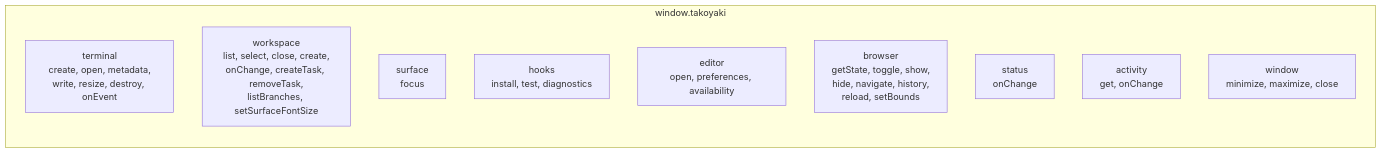
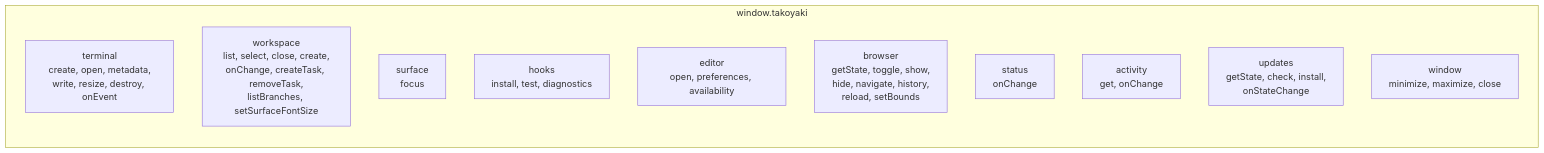
Before and after one commit to adikuma/takoyaki: diagram 12 of 15 in docs/ARCHITECTURE.md, drawn with Mermaid. The commit also changed other lines of this file and 18 other files, not shown here.

````diff
--- a/docs/ARCHITECTURE.md
+++ b/docs/ARCHITECTURE.md
@@ -212,14 +238,15 @@
 ```mermaid
 graph LR
     subgraph window.takoyaki
         terminal["terminal<br/>create, open, metadata,<br/>write, resize, destroy, onEvent"]
         workspace["workspace<br/>list, select, close, create,<br/>onChange, createTask, removeTask,<br/>listBranches, setSurfaceFontSize"]
         surface["surface<br/>focus"]
         hooks["hooks<br/>install, test, diagnostics"]
         editor["editor<br/>open, preferences, availability"]
         browser["browser<br/>getState, toggle, show,<br/>hide, navigate, history,<br/>reload, setBounds"]
         status["status<br/>onChange"]
         activity["activity<br/>get, onChange"]
+        updates["updates<br/>getState, check, install,<br/>onStateChange"]
         window["window<br/>minimize, maximize, close"]
     end
 ```
````
